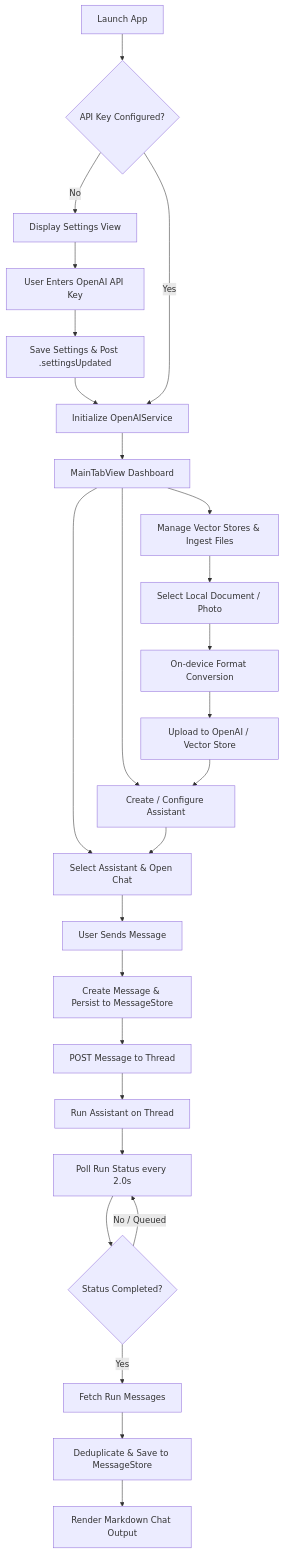
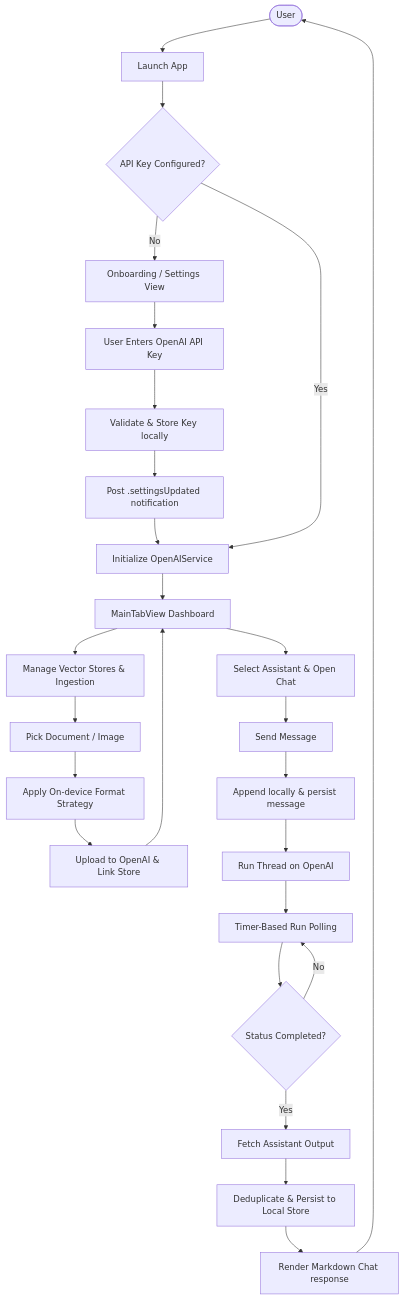
The first of 4 diagrams in README.md (Gunnarguy/OpenAssistant), drawn with Mermaid before and after one commit. The commit also changed other lines of this file and 15 other files, not shown here.

````diff
--- a/README.md
+++ b/README.md
@@ -26,35 +61,33 @@
 ```mermaid
-graph TD
-    A[Launch App] --> B{API Key Configured?}
-    B -- No --> C[Display Settings View]
+flowchart TD
+    User([User]) --> A[Launch App]
+    A --> B{API Key Configured?}
+    
+    B -->|No| C[Onboarding / Settings View]
     C --> D[User Enters OpenAI API Key]
-    D --> E[Save Settings & Post .settingsUpdated]
-    E --> F[Initialize OpenAIService]
-    B -- Yes --> F
+    D --> E[Validate & Store Key locally]
+    E --> F[Post .settingsUpdated notification]
+    F --> G[Initialize OpenAIService]
     
-    F --> G[MainTabView Dashboard]
+    B -->|Yes| G
     
-    %% User Actions
-    G --> H[Create / Configure Assistant]
-    G --> I[Manage Vector Stores & Ingest Files]
-    G --> J[Select Assistant & Open Chat]
+    G --> H[MainTabView Dashboard]
     
-    %% Ingest Flow
-    I --> I1[Select Local Document / Photo]
-    I1 --> I2[On-device Format Conversion]
-    I2 --> I3[Upload to OpenAI / Vector Store]
+    H --> I[Manage Vector Stores & Ingestion]
+    I --> I1[Pick Document / Image]
+    I1 --> I2[Apply On-device Format Strategy]
+    I2 --> I3[Upload to OpenAI & Link Store]
     I3 --> H
     
-    %% Chat Flow
-    H --> J
-    J --> K[User Sends Message]
-    K --> K1[Create Message & Persist to MessageStore]
-    K1 --> K2[POST Message to Thread]
-    K2 --> L[Run Assistant on Thread]
-    L --> M[Poll Run Status every 2.0s]
-    M --> N{Status Completed?}
-    N -- No / Queued --> M
-    N -- Yes --> O[Fetch Run Messages]
-    O --> P[Deduplicate & Save to MessageStore]
-    P --> Q[Render Markdown Chat Output]
+    H --> J[Select Assistant & Open Chat]
+    J --> K[Send Message]
+    K --> K1[Append locally & persist message]
+    K1 --> K2[Run Thread on OpenAI]
+    K2 --> L[Timer-Based Run Polling]
+    L --> M{Status Completed?}
+    M -->|No| L
+    M -->|Yes| N[Fetch Assistant Output]
+    N --> O[Deduplicate & Persist to Local Store]
+    O --> P[Render Markdown Chat response]
+    P --> User
 ```
````
